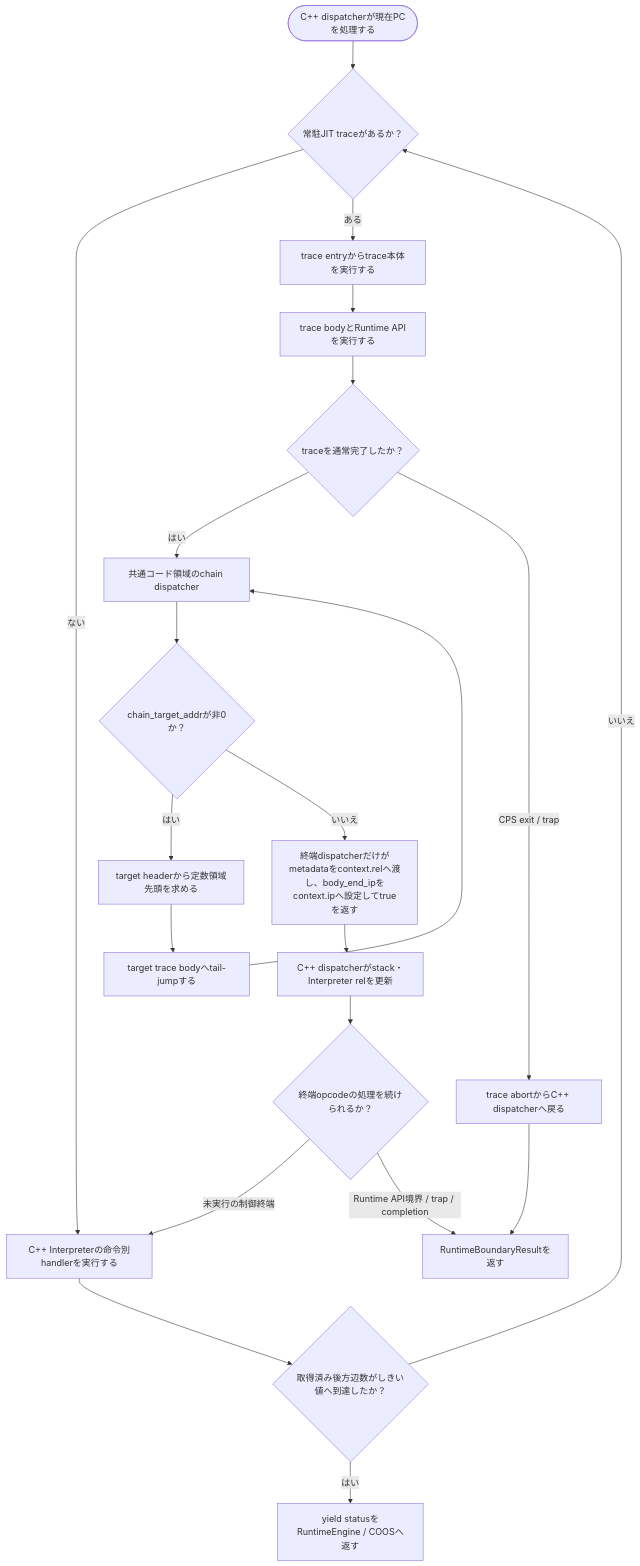
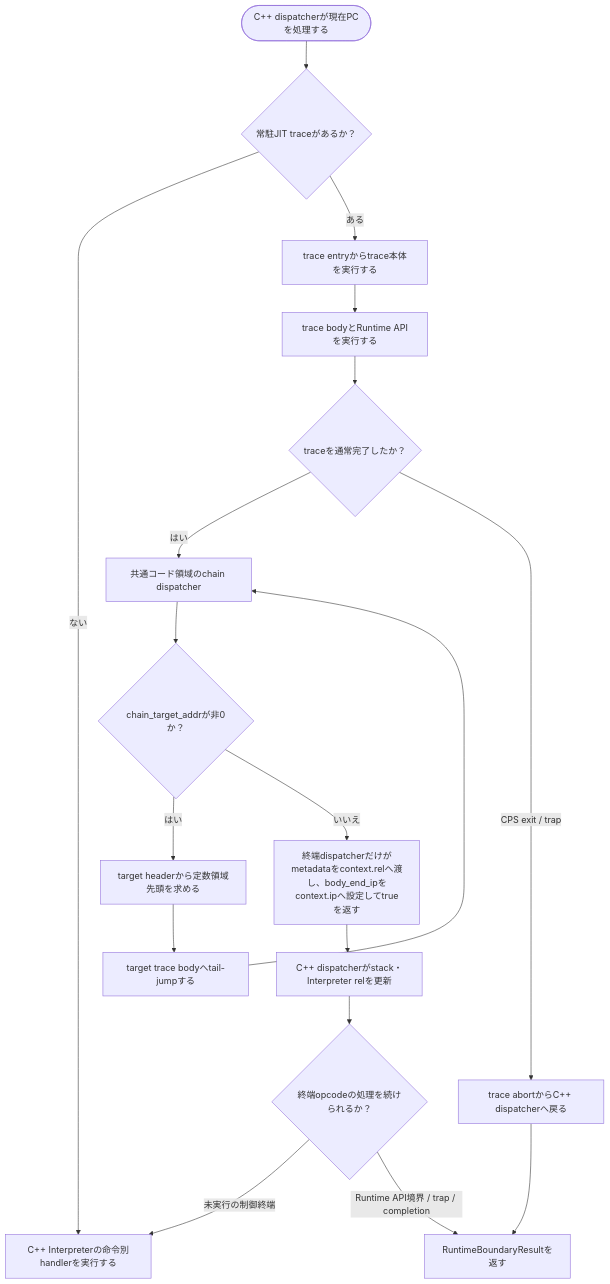
One commit to kmt-t/fireball changed the sixth of 6 diagrams in docs/components/tier3_plugins/jit_runtime.md. Above: the diagram before and after it, drawn with Mermaid. The commit also changed other lines of this file and 3 other files, not shown here.

````diff
--- a/docs/components/tier3_plugins/jit_runtime.md
+++ b/docs/components/tier3_plugins/jit_runtime.md
@@ -312,23 +202,20 @@
 ```mermaid
 flowchart TD
     Start(["C++ dispatcherが現在PCを処理する"]) --> Lookup{"常駐JIT traceがあるか？"}
     Lookup -- "ない" --> Handler["C++ Interpreterの命令別handlerを実行する"]
     Lookup -- "ある" --> Entry["trace entryからtrace本体を実行する"]
     Entry --> Execute["trace bodyとRuntime APIを実行する"]
     Execute --> Exit{"traceを通常完了したか？"}
     Exit -- "はい" --> Chain["共通コード領域のchain dispatcher"]
     Exit -- "CPS exit / trap" --> ApiAbort["trace abortからC++ dispatcherへ戻る"]
     ApiAbort --> Boundary["CPS状態またはRuntimeBoundaryResultを処理する"]
     Chain --> Target{"chain_target_addrが非0か？"}
     Target -- "はい" --> Rel["target headerから定数領域先頭を求める"]
     Rel --> Body["target trace bodyへtail-jumpする"]
     Body --> Chain
     Target -- "いいえ" --> Return["終端dispatcherだけがmetadataをcontext.relへ渡し、body_end_ipをcontext.ipへ設定してtrueを返す"]
     Return --> Setup["C++ dispatcherがstack・Interpreter relを更新"]
     Setup --> Terminator{"終端opcodeの処理を続けられるか？"}
     Terminator -- "未実行の制御終端" --> Handler
     Terminator -- "Runtime API境界 / trap / completion" --> Boundary["RuntimeBoundaryResultを返す"]
-    Handler --> Backedge{"取得済み後方辺数がしきい値へ到達したか？"}
-    Backedge -- "はい" --> Yield["yield statusをRuntimeEngine / COOSへ返す"]
-    Backedge -- "いいえ" --> Lookup
 ```
````
